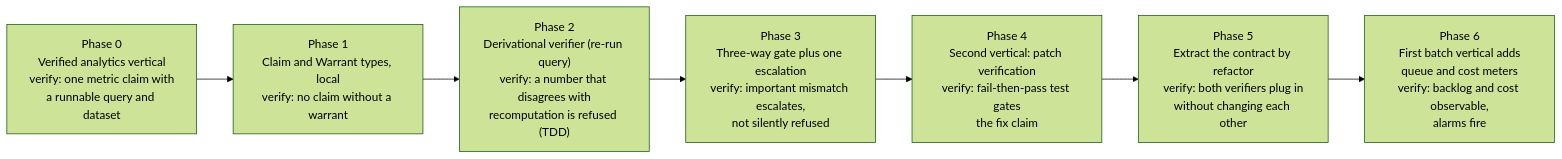
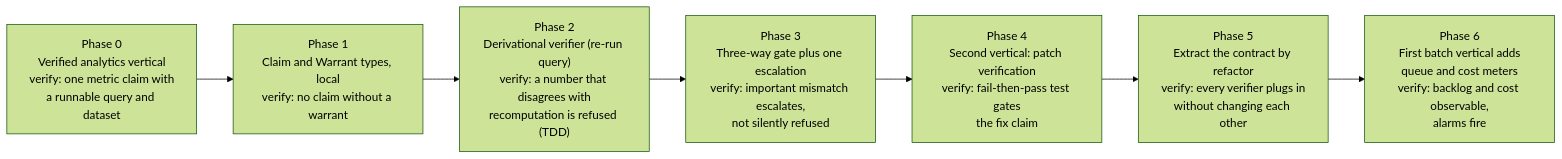
One commit to jamesrosing/litmus changed the fifth of 5 diagrams in docs/architecture.md. Above: the diagram before and after it, drawn with Mermaid (forest theme). The commit also changed other lines of this file and 4 other files, not shown here.

````diff
--- a/docs/architecture.md
+++ b/docs/architecture.md
@@ -169,11 +169,11 @@
 ```mermaid
 flowchart LR
     P0["Phase 0<br/>Verified analytics vertical<br/>verify: one metric claim with<br/>a runnable query and dataset"]
     P1["Phase 1<br/>Claim and Warrant types, local<br/>verify: no claim without a warrant"]
     P2["Phase 2<br/>Derivational verifier (re-run query)<br/>verify: a number that disagrees with<br/>recomputation is refused (TDD)"]
     P3["Phase 3<br/>Three-way gate plus one escalation<br/>verify: important mismatch escalates,<br/>not silently refused"]
     P4["Phase 4<br/>Second vertical: patch verification<br/>verify: fail-then-pass test gates<br/>the fix claim"]
-    P5["Phase 5<br/>Extract the contract by refactor<br/>verify: both verifiers plug in<br/>without changing each other"]
+    P5["Phase 5<br/>Extract the contract by refactor<br/>verify: every verifier plugs in<br/>without changing each other"]
     P6["Phase 6<br/>First batch vertical adds<br/>queue and cost meters<br/>verify: backlog and cost observable,<br/>alarms fire"]
     P0 --> P1 --> P2 --> P3 --> P4 --> P5 --> P6
 ```
````
